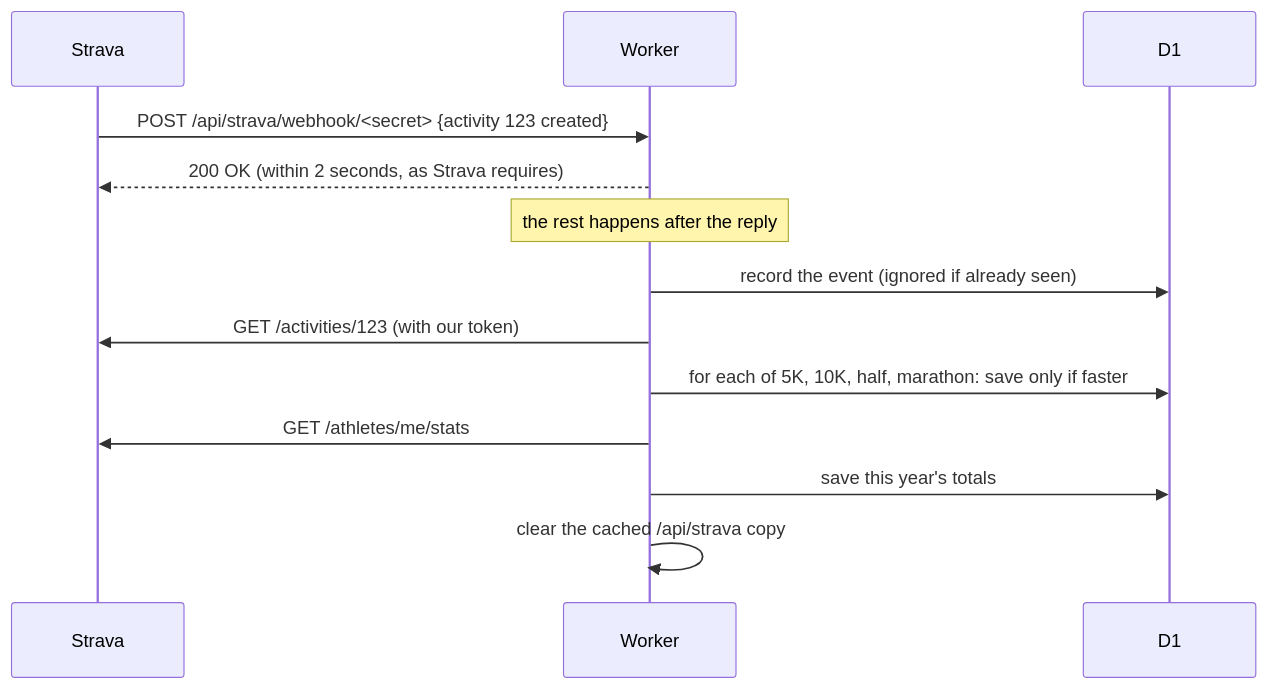
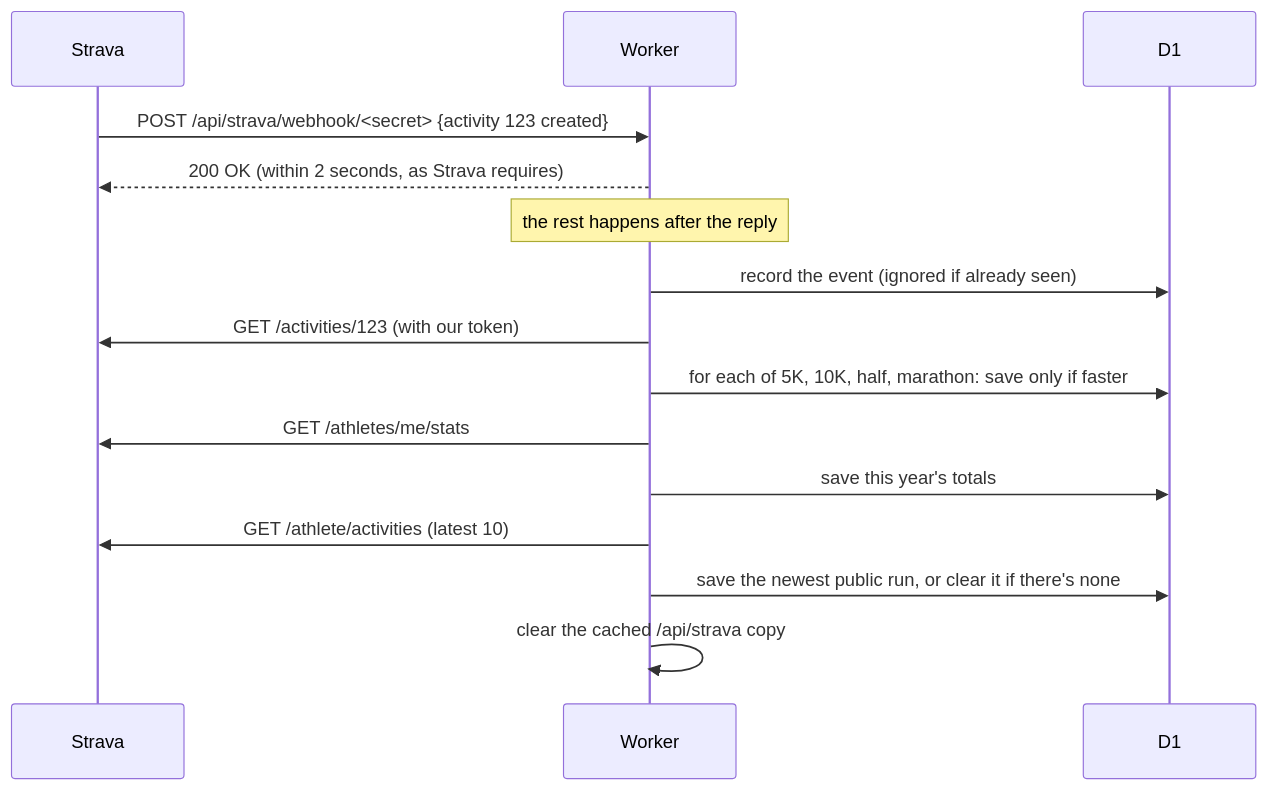
The third of 3 diagrams in STRAVA.md (Joseph-M-2005/jodev.co.za), drawn with Mermaid before and after one commit. The commit also changed other lines of this file and 1 other file, not shown here.

Commit message:
Document the latest run sync

````diff
--- a/STRAVA.md
+++ b/STRAVA.md
@@ -64,15 +66,17 @@
 ```mermaid
 sequenceDiagram
   participant S as Strava
   participant W as Worker
   participant DB as D1
   S->>W: POST /api/strava/webhook/<secret> {activity 123 created}
   W-->>S: 200 OK (within 2 seconds, as Strava requires)
   Note over W: the rest happens after the reply
   W->>DB: record the event (ignored if already seen)
   W->>S: GET /activities/123 (with our token)
   W->>DB: for each of 5K, 10K, half, marathon: save only if faster
   W->>S: GET /athletes/me/stats
   W->>DB: save this year's totals
+  W->>S: GET /athlete/activities (latest 10)
+  W->>DB: save the newest public run, or clear it if there's none
   W->>W: clear the cached /api/strava copy
 ```
````
